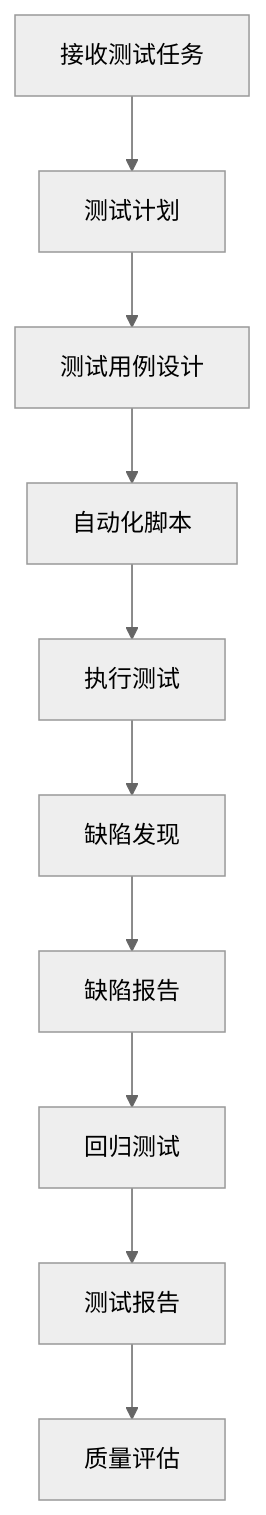
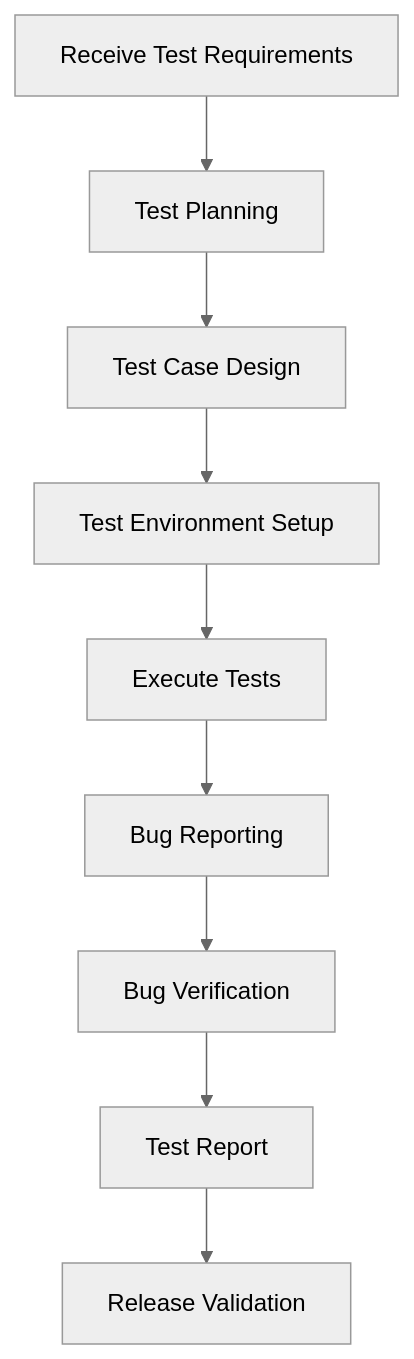
The fourth of 5 diagrams in docs/level2/role-system.md (fallrising/bee_swarm), drawn with Mermaid (neutral theme) before and after one commit. The commit also changed other lines of this file and 8 other files, not shown here.

````diff
--- a/docs/level2/role-system.md
+++ b/docs/level2/role-system.md
@@ -115,12 +115,11 @@
 ```mermaid
 graph TD
-    A[接收测试任务] --> B[测试计划]
-    B --> C[测试用例设计]
-    C --> D[自动化脚本]
-    D --> E[执行测试]
-    E --> F[缺陷发现]
-    F --> G[缺陷报告]
-    G --> H[回归测试]
-    H --> I[测试报告]
-    I --> J[质量评估]
+    A[Receive Test Requirements] --> B[Test Planning]
+    B --> C[Test Case Design]
+    C --> D[Test Environment Setup]
+    D --> E[Execute Tests]
+    E --> F[Bug Reporting]
+    F --> G[Bug Verification]
+    G --> H[Test Report]
+    H --> I[Release Validation]
 ```
````
